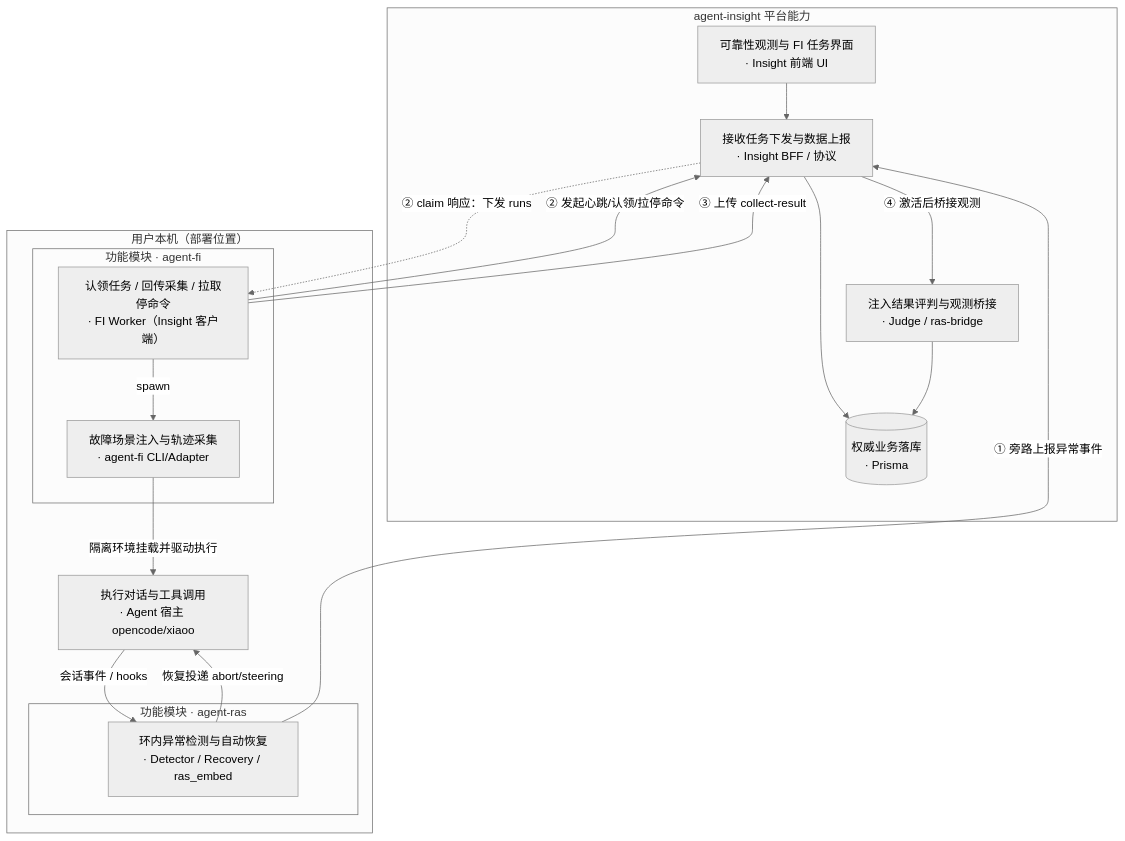
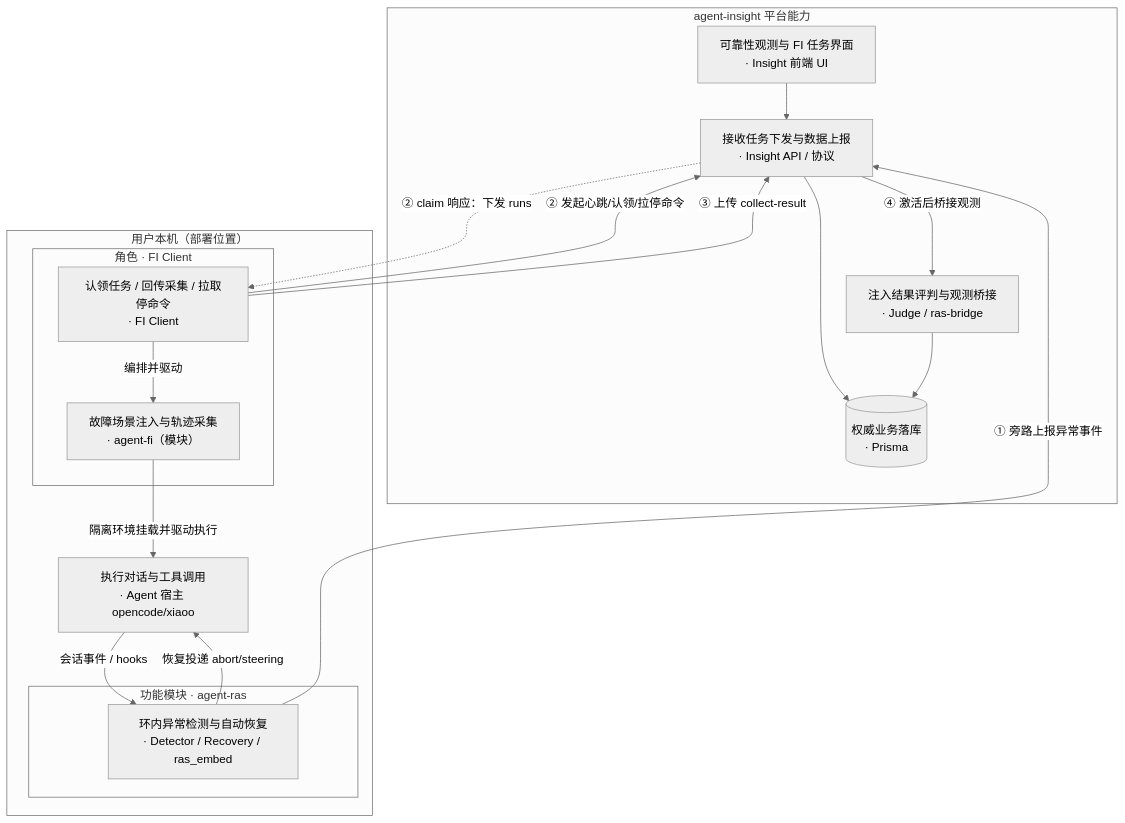
The first of 8 diagrams in docs/agent-fault-injection/designs/ras-fi-insight-relationship.md (openeuler-mirror/agent-insight), drawn with Mermaid (neutral theme) before and after one commit. The commit also changed other lines of this file and 56 other files, not shown here.

````diff
--- a/docs/agent-fault-injection/designs/ras-fi-insight-relationship.md
+++ b/docs/agent-fault-injection/designs/ras-fi-insight-relationship.md
@@ -21,30 +23,30 @@
 ```mermaid
 flowchart TB
   subgraph insight ["agent-insight 平台能力"]
     UI["可靠性观测与 FI 任务界面<br/>· Insight 前端 UI"]
-    API["接收任务下发与数据上报<br/>· Insight BFF / 协议"]
+    API["接收任务下发与数据上报<br/>· Insight API / 协议"]
     DB[("权威业务落库<br/>· Prisma")]
     Judge["注入结果评判与观测桥接<br/>· Judge / ras-bridge"]
   end
   subgraph client ["用户本机（部署位置）"]
     Host["执行对话与工具调用<br/>· Agent 宿主 opencode/xiaoo"]
     subgraph rasMod ["功能模块 · agent-ras"]
       RAS["环内异常检测与自动恢复<br/>· Detector / Recovery / ras_embed"]
     end
-    subgraph fiMod ["功能模块 · agent-fi"]
-      FIW["认领任务 / 回传采集 / 拉取停命令<br/>· FI Worker（Insight 客户端）"]
-      FI["故障场景注入与轨迹采集<br/>· agent-fi CLI/Adapter"]
+    subgraph fiMod ["角色 · FI Client"]
+      FIC["认领任务 / 回传采集 / 拉取停命令<br/>· FI Client"]
+      FI["故障场景注入与轨迹采集<br/>· agent-fi（模块）"]
     end
   end
   UI --> API --> DB
   Judge --> DB
   Host -->|"会话事件 / hooks"| RAS
   RAS -->|"恢复投递 abort/steering"| Host
-  FIW -->|spawn| FI
+  FIC -->|编排并驱动| FI
   FI -->|"隔离环境挂载并驱动执行"| Host
   RAS -->|"① 旁路上报异常事件"| API
-  FIW -->|"② 发起心跳/认领/拉停命令"| API
-  API -.->|"② claim 响应：下发 runs"| FIW
-  FIW -->|"③ 上传 collect-result"| API
+  FIC -->|"② 发起心跳/认领/拉停命令"| API
+  API -.->|"② claim 响应：下发 runs"| FIC
+  FIC -->|"③ 上传 collect-result"| API
   API -->|"④ 激活后桥接观测"| Judge
 ```
````
